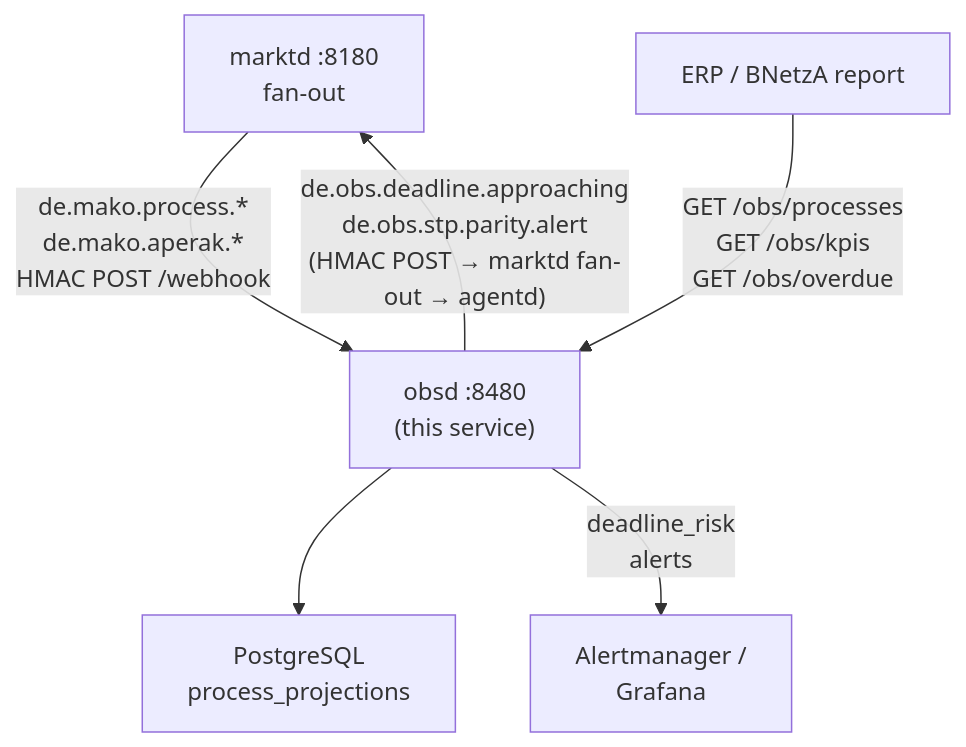
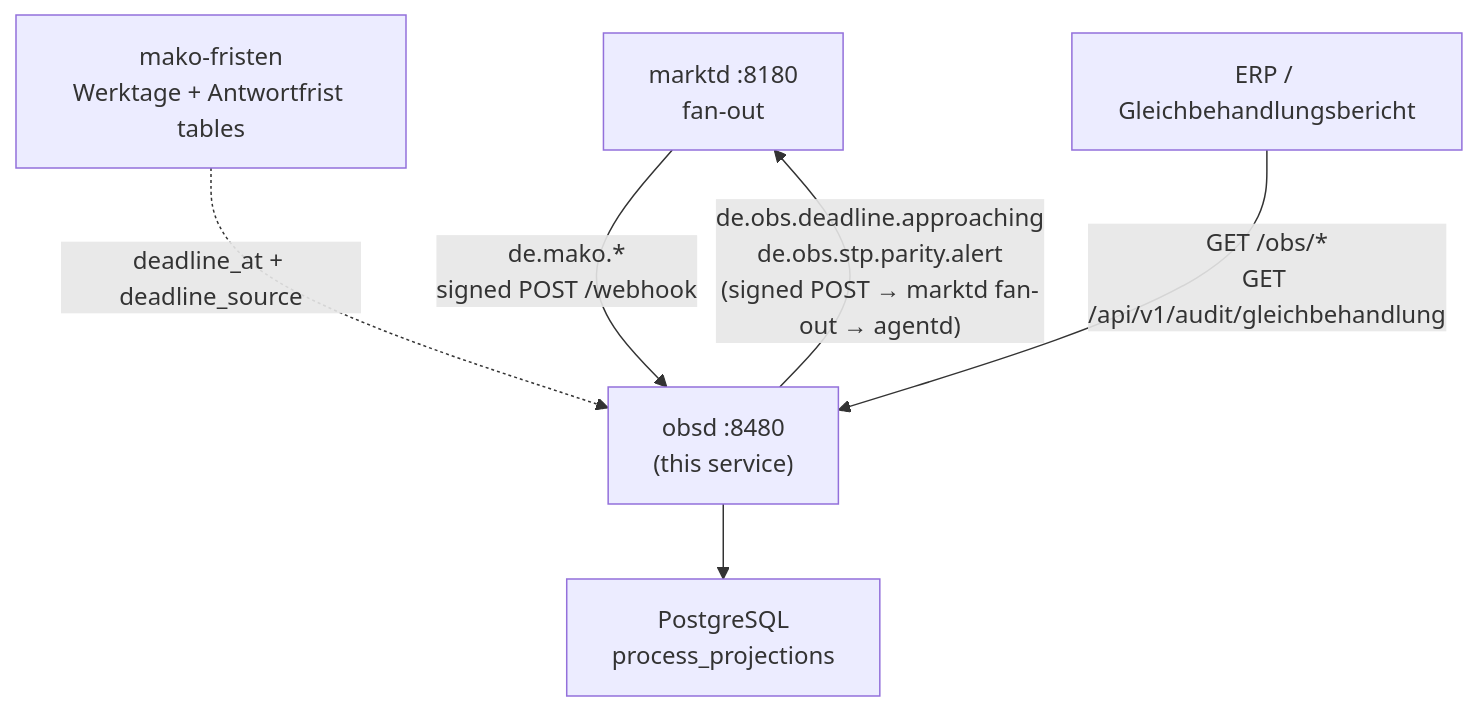
The diagram in site/content/docs/services/obsd.md (hupe1980/mako), drawn with Mermaid before and after one commit. The commit also changed other lines of this file and 175 other files, not shown here.

````diff
--- a/site/content/docs/services/obsd.md
+++ b/site/content/docs/services/obsd.md
@@ -21,14 +21,14 @@
 ```mermaid
 graph TB
     marktd["marktd :8180<br/>fan-out"]
     obsd["obsd :8480<br/>(this service)"]
     pg["PostgreSQL<br/>process_projections"]
-    alert["Alertmanager /<br/>Grafana"]
-    erp["ERP / BNetzA report"]
+    fristen["mako-fristen<br/>Werktage + Antwortfrist tables"]
+    erp["ERP / Gleichbehandlungsbericht"]
 
-    marktd -->|"de.mako.process.*<br/>de.mako.aperak.*<br/>HMAC POST /webhook"| obsd
+    marktd -->|"de.mako.*<br/>signed POST /webhook"| obsd
+    fristen -.->|"deadline_at + deadline_source"| obsd
     obsd --> pg
-    obsd -->|"de.obs.deadline.approaching<br/>de.obs.stp.parity.alert<br/>(HMAC POST → marktd fan-out → agentd)"| marktd
-    obsd -->|"deadline_risk<br/>alerts"| alert
-    erp -->|"GET /obs/processes<br/>GET /obs/kpis<br/>GET /obs/overdue"| obsd
+    obsd -->|"de.obs.deadline.approaching<br/>de.obs.stp.parity.alert<br/>(signed POST → marktd fan-out → agentd)"| marktd
+    erp -->|"GET /obs/*<br/>GET /api/v1/audit/gleichbehandlung"| obsd
 ```
````
